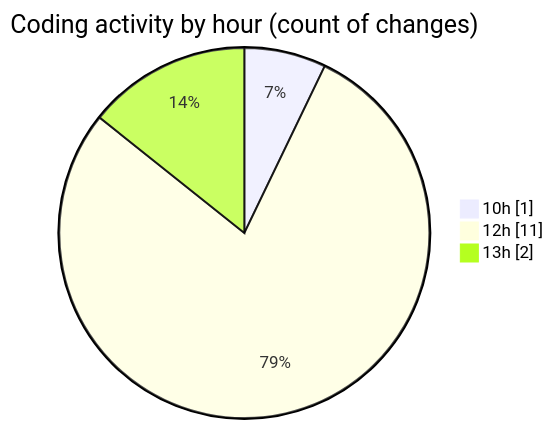
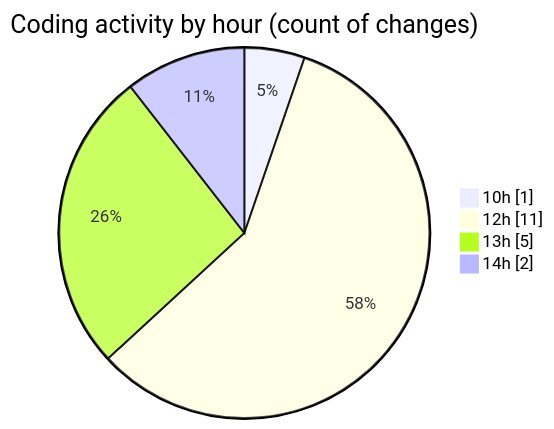
The second of 2 diagrams in 2026-01-12/nxtqube_webapp/README.md (nxtqubesakshisongat/code-tracking), drawn with Mermaid before and after one commit. The commit also changed other lines of this file and 1 other file, not shown here.

````diff
--- a/2026-01-12/nxtqube_webapp/README.md
+++ b/2026-01-12/nxtqube_webapp/README.md
@@ -32,7 +32,8 @@
 ```mermaid
 pie showData
 title Coding activity by hour (count of changes)
 "10h" : 1
 "12h" : 11
-"13h" : 2
+"13h" : 5
+"14h" : 2
 ```
````
